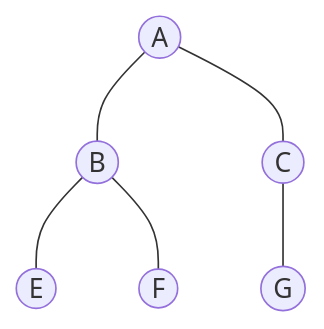
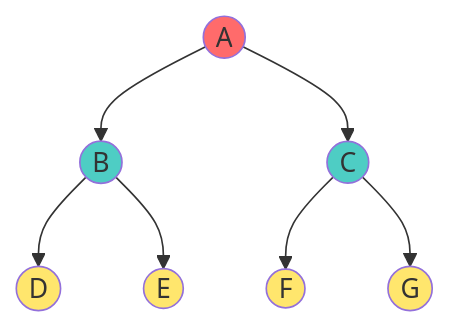
One commit to ARYAN-KUMAR-22/dsa changed the first of 9 diagrams in tree/02_binary_tree_intro.md. Above: the diagram before and after it, drawn with Mermaid. The commit also changed other lines of this file, not shown here.

````diff
--- a/tree/02_binary_tree_intro.md
+++ b/tree/02_binary_tree_intro.md
@@ -20,8 +51,17 @@
 ```mermaid
 graph TD
-    A((A)) --- B((B))
-    A --- C((C))
-    B --- E((E))
-    B --- F((F))
-    C --- G((G))
+    A((A)) --> B((B))
+    A --> C((C))
+    B --> D((D))
+    B --> E((E))
+    C --> F((F))
+    C --> G((G))
+    
+    style A fill:#ff6b6b
+    style B fill:#4ecdc4
+    style C fill:#4ecdc4
+    style D fill:#ffe66d
+    style E fill:#ffe66d
+    style F fill:#ffe66d
+    style G fill:#ffe66d
 ```
````
